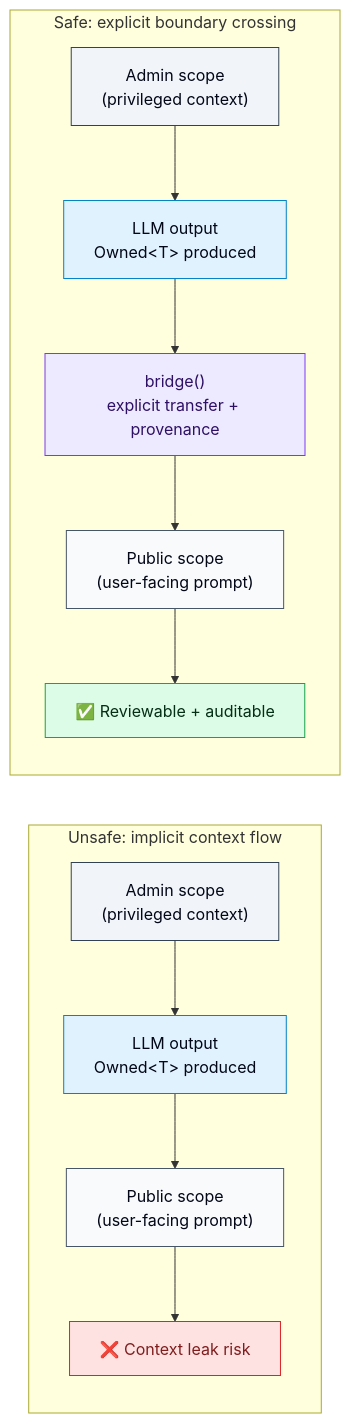
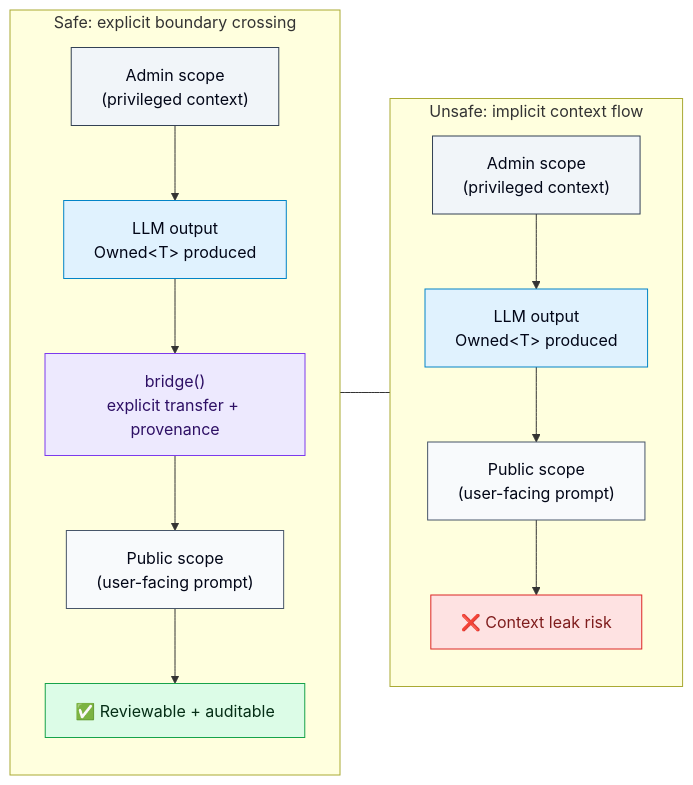
The diagram in README.md (mullionlabs/mullion-ts), drawn with Mermaid before and after one commit.

Commit message:
docs(monorepo): Horizontal layout for  mermaid chart

````diff
--- a/README.md
+++ b/README.md
@@ -61,29 +61,34 @@
 ```mermaid
 flowchart LR
   %% ========== STYLES ==========
   classDef admin fill:#f1f5f9,stroke:#334155,color:#020617;
   classDef llm fill:#e0f2fe,stroke:#0284c7,color:#020617;
   classDef public fill:#f8fafc,stroke:#475569,color:#020617;
 
   classDef danger fill:#fee2e2,stroke:#dc2626,color:#7f1d1d;
   classDef ok fill:#dcfce7,stroke:#16a34a,color:#052e16;
+  classDef bridge fill:#ede9fe,stroke:#7c3aed,color:#2e1065;
 
-  classDef bridge fill:#ede9fe,stroke:#7c3aed,color:#2e1065;
+  %% ========== SAFE PATH ==========
+  subgraph S["Safe: explicit boundary crossing"]
+    direction TB
+    SA["Admin scope<br/>(privileged context)"]:::admin
+      --> SO["LLM output<br/>Owned&lt;T&gt; produced"]:::llm
+    SO --> SB["bridge()<br/>explicit transfer + provenance"]:::bridge
+    SB --> SX["Public scope<br/>(user-facing prompt)"]:::public
+    SX --> SOK["✅ Reviewable + auditable"]:::ok
+  end
 
   %% ========== UNSAFE PATH ==========
   subgraph U["Unsafe: implicit context flow"]
-    A1["Admin scope<br/>(privileged context)"]:::admin
-      --> O1["LLM output<br/>Owned&lt;T&gt; produced"]:::llm
-    O1 --> X1["Public scope<br/>(user-facing prompt)"]:::public
-    X1 --> L1["❌ Context leak risk"]:::danger
+    direction TB
+    UA["Admin scope<br/>(privileged context)"]:::admin
+      --> UO["LLM output<br/>Owned&lt;T&gt; produced"]:::llm
+    UO --> UX["Public scope<br/>(user-facing prompt)"]:::public
+    UX --> UL["❌ Context leak risk"]:::danger
   end
 
-  %% ========== SAFE PATH ==========
-  subgraph S["Safe: explicit boundary crossing"]
-    A2["Admin scope<br/>(privileged context)"]:::admin
-      --> O2["LLM output<br/>Owned&lt;T&gt; produced"]:::llm
-    O2 --> B["bridge()<br/>explicit transfer + provenance"]:::bridge
-    B --> X2["Public scope<br/>(user-facing prompt)"]:::public
-    X2 --> OK["✅ Reviewable + auditable"]:::ok
-  end
+  %% Force horizontal layout between subgraphs
+  S --- U
+
 ```
````
